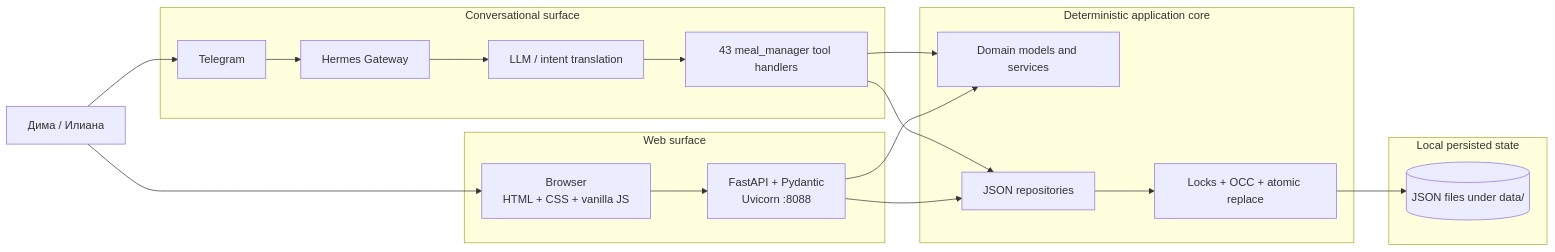
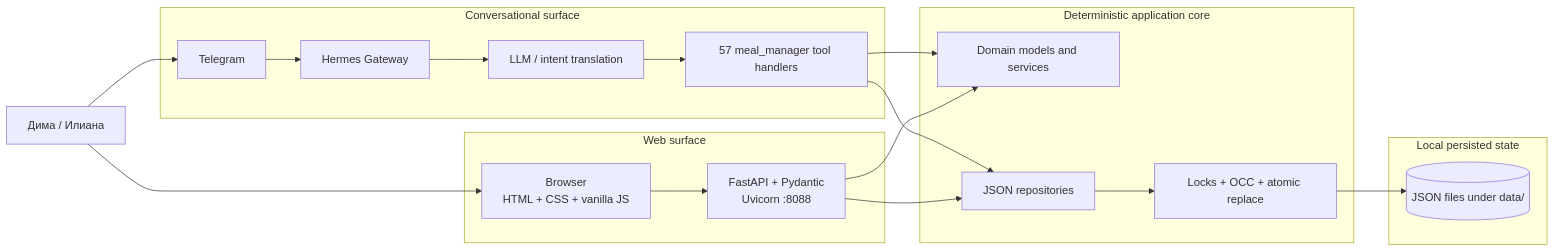
The first of 3 diagrams in docs/current-system-design-and-product-flow.md (KoryakovDmitry/meal-manager), drawn with Mermaid before and after one commit. The commit also changed other lines of this file and 28 other files, not shown here.

````diff
--- a/docs/current-system-design-and-product-flow.md
+++ b/docs/current-system-design-and-product-flow.md
@@ -77,34 +77,34 @@
 ```mermaid
 flowchart LR
     U[Дима / Илиана]
 
     subgraph TG[Conversational surface]
         T[Telegram]
         G[Hermes Gateway]
         L[LLM / intent translation]
-        H[43 meal_manager tool handlers]
+        H[57 meal_manager tool handlers]
     end
 
     subgraph WEB[Web surface]
         B[Browser\nHTML + CSS + vanilla JS]
         F[FastAPI + Pydantic\nUvicorn :8088]
     end
 
     subgraph CORE[Deterministic application core]
         D[Domain models and services]
         R[JSON repositories]
         C[Locks + OCC + atomic replace]
     end
 
     subgraph DATA[Local persisted state]
         J[(JSON files under data/)]
     end
 
     U --> T --> G --> L --> H
     U --> B --> F
     H --> D
     H --> R
     F --> D
     F --> R
     R --> C --> J
 ```
````
